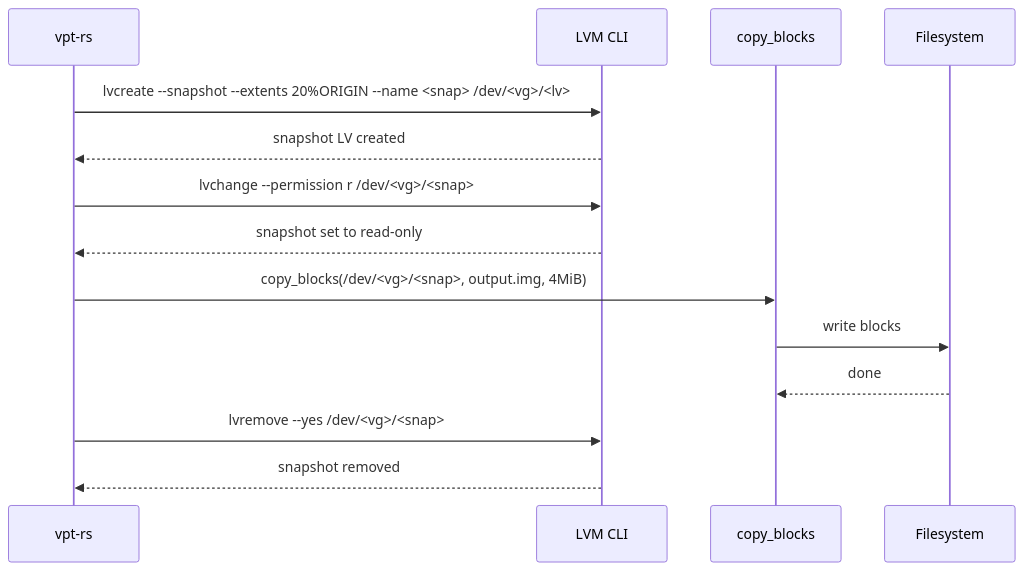
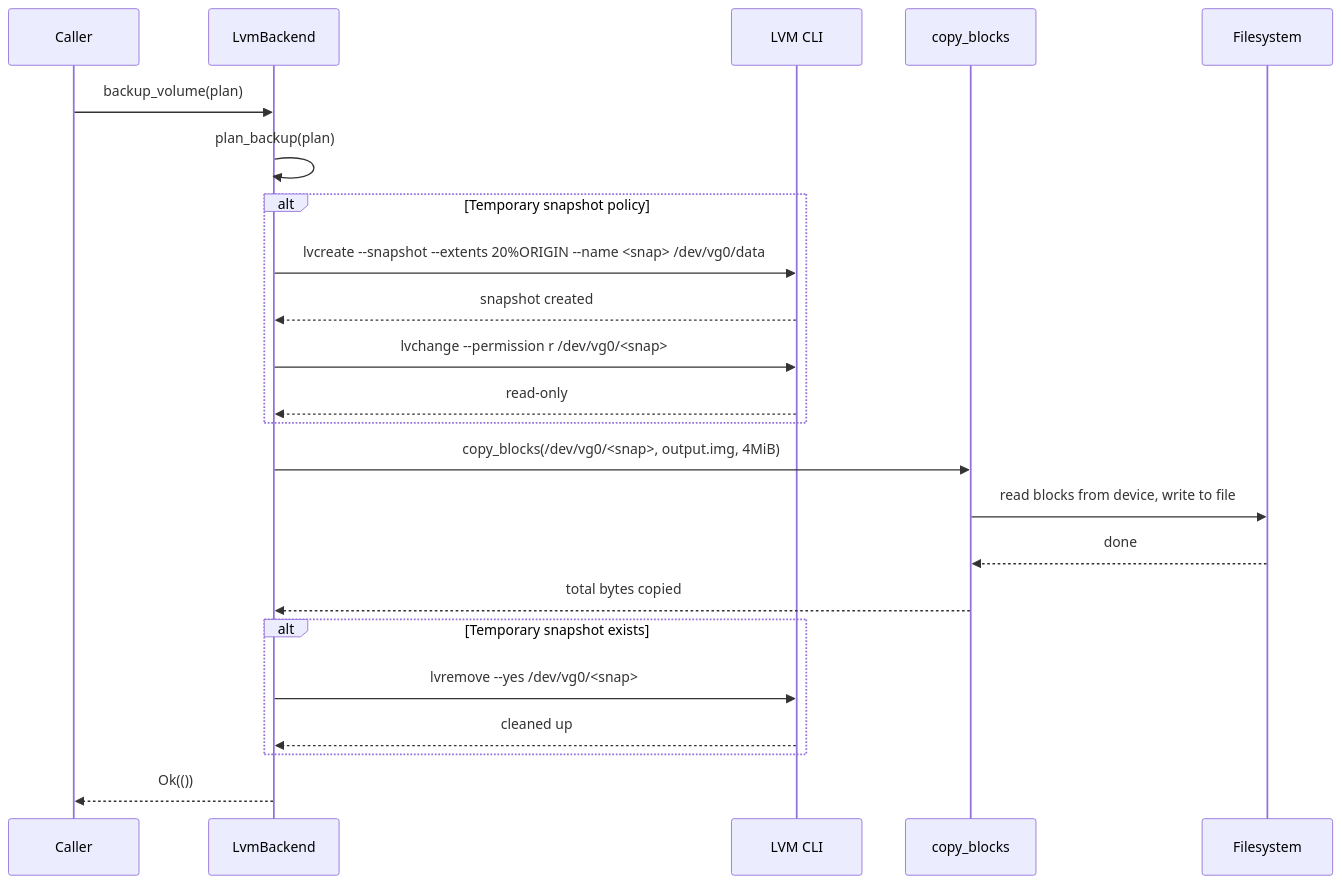
One commit to XUranus/vpt-rs changed the third of 5 diagrams in wiki/docs/providers/lvm.md. Above: the diagram before and after it, drawn with Mermaid. The commit also changed other lines of this file and 52 other files, not shown here.

First line of the commit message:
Enhance wiki: mermaid rendering, detailed content, i18n (zh-Hans)

````diff
--- a/wiki/docs/providers/lvm.md
+++ b/wiki/docs/providers/lvm.md
@@ -132,20 +420,30 @@
 ```mermaid
 sequenceDiagram
-    participant App as vpt-rs
+    participant Caller
+    participant Backend as LvmBackend
     participant LVM as LVM CLI
     participant Copy as copy_blocks
     participant FS as Filesystem
 
-    App->>LVM: lvcreate --snapshot --extents 20%ORIGIN --name <snap> /dev/<vg>/<lv>
-    LVM-->>App: snapshot LV created
+    Caller->>Backend: backup_volume(plan)
+    Backend->>Backend: plan_backup(plan)
 
-    App->>LVM: lvchange --permission r /dev/<vg>/<snap>
-    LVM-->>App: snapshot set to read-only
+    alt Temporary snapshot policy
+        Backend->>LVM: lvcreate --snapshot --extents 20%ORIGIN --name <snap> /dev/vg0/data
+        LVM-->>Backend: snapshot created
+        Backend->>LVM: lvchange --permission r /dev/vg0/<snap>
+        LVM-->>Backend: read-only
+    end
 
-    App->>Copy: copy_blocks(/dev/<vg>/<snap>, output.img, 4MiB)
-    Copy->>FS: write blocks
+    Backend->>Copy: copy_blocks(/dev/vg0/<snap>, output.img, 4MiB)
+    Copy->>FS: read blocks from device, write to file
     FS-->>Copy: done
+    Copy-->>Backend: total bytes copied
 
-    App->>LVM: lvremove --yes /dev/<vg>/<snap>
-    LVM-->>App: snapshot removed
+    alt Temporary snapshot exists
+        Backend->>LVM: lvremove --yes /dev/vg0/<snap>
+        LVM-->>Backend: cleaned up
+    end
+
+    Backend-->>Caller: Ok(())
 ```
````
